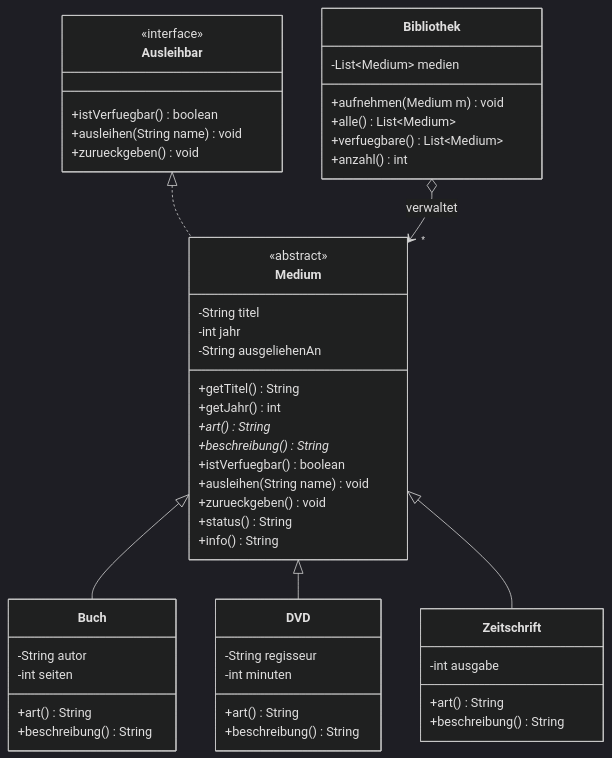
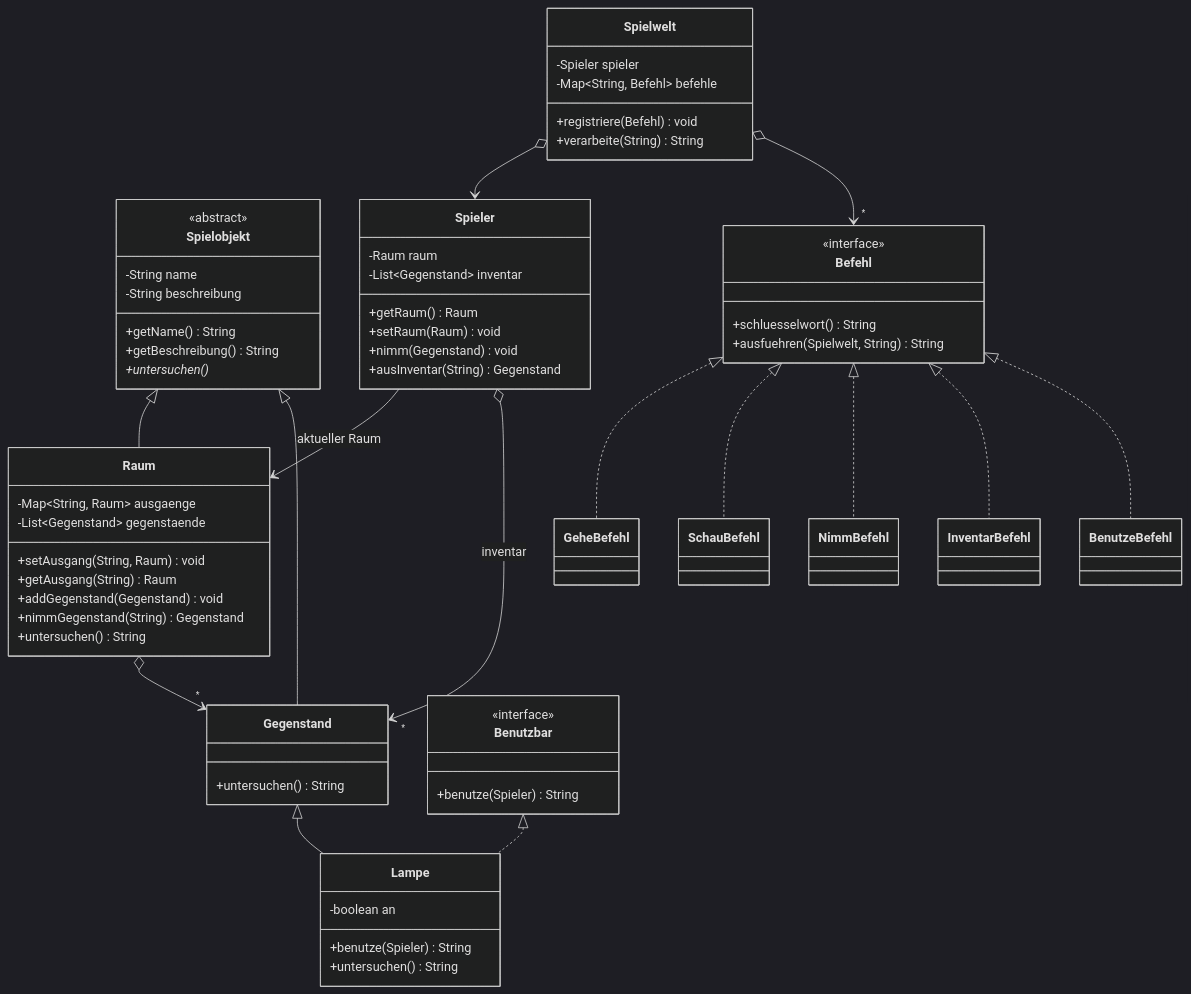
One commit to lionel0021/M320 changed the second of 3 diagrams in src/KR/N4_nico/M4/README.md. Above: the diagram before and after it, drawn with Mermaid (dark theme). The commit also changed other lines of this file and 12 other files, not shown here.

First line of the commit message:
KN-M4 (Nico): Projektskizze Text-Adventure (Planung + UML)

````diff
--- a/src/KR/N4_nico/M4/README.md
+++ b/src/KR/N4_nico/M4/README.md
@@ -33,53 +98,71 @@
 ```mermaid
 classDiagram
-    class Ausleihbar {
+    class Spielobjekt {
+        <<abstract>>
+        -String name
+        -String beschreibung
+        +getName() String
+        +getBeschreibung() String
+        +untersuchen()*
+    }
+    class Raum {
+        -Map~String, Raum~ ausgaenge
+        -List~Gegenstand~ gegenstaende
+        +setAusgang(String, Raum) void
+        +getAusgang(String) Raum
+        +addGegenstand(Gegenstand) void
+        +nimmGegenstand(String) Gegenstand
+        +untersuchen() String
+    }
+    class Gegenstand {
+        +untersuchen() String
+    }
+    class Lampe {
+        -boolean an
+        +benutze(Spieler) String
+        +untersuchen() String
+    }
+    class Spieler {
+        -Raum raum
+        -List~Gegenstand~ inventar
+        +getRaum() Raum
+        +setRaum(Raum) void
+        +nimm(Gegenstand) void
+        +ausInventar(String) Gegenstand
+    }
+    class Spielwelt {
+        -Spieler spieler
+        -Map~String, Befehl~ befehle
+        +registriere(Befehl) void
+        +verarbeite(String) String
+    }
+    class Benutzbar {
         <<interface>>
-        +istVerfuegbar() boolean
-        +ausleihen(String name) void
-        +zurueckgeben() void
+        +benutze(Spieler) String
     }
-    class Medium {
-        <<abstract>>
-        -String titel
-        -int jahr
-        -String ausgeliehenAn
-        +getTitel() String
-        +getJahr() int
-        +art()* String
-        +beschreibung()* String
-        +istVerfuegbar() boolean
-        +ausleihen(String name) void
-        +zurueckgeben() void
-        +status() String
-        +info() String
+    class Befehl {
+        <<interface>>
+        +schluesselwort() String
+        +ausfuehren(Spielwelt, String) String
     }
-    class Buch {
-        -String autor
-        -int seiten
-        +art() String
-        +beschreibung() String
-    }
-    class DVD {
-        -String regisseur
-        -int minuten
-        +art() String
-        +beschreibung() String
-    }
-    class Zeitschrift {
-        -int ausgabe
-        +art() String
-        +beschreibung() String
-    }
-    class Bibliothek {
-        -List~Medium~ medien
-        +aufnehmen(Medium m) void
-        +alle() List~Medium~
-        +verfuegbare() List~Medium~
-        +anzahl() int
-    }
-    Ausleihbar <|.. Medium
-    Medium <|-- Buch
-    Medium <|-- DVD
-    Medium <|-- Zeitschrift
-    Bibliothek o--> "*" Medium : verwaltet
+    class GeheBefehl
+    class SchauBefehl
+    class NimmBefehl
+    class InventarBefehl
+    class BenutzeBefehl
+
+    Spielobjekt <|-- Raum
+    Spielobjekt <|-- Gegenstand
+    Gegenstand <|-- Lampe
+    Benutzbar <|.. Lampe
+    Befehl <|.. GeheBefehl
+    Befehl <|.. SchauBefehl
+    Befehl <|.. NimmBefehl
+    Befehl <|.. InventarBefehl
+    Befehl <|.. BenutzeBefehl
+    Spielwelt o--> Spieler
+    Spielwelt o--> "*" Befehl
+    Spieler --> Raum : aktueller Raum
+    Spieler o--> "*" Gegenstand : inventar
+    Raum o--> "*" Gegenstand
 ```
````
